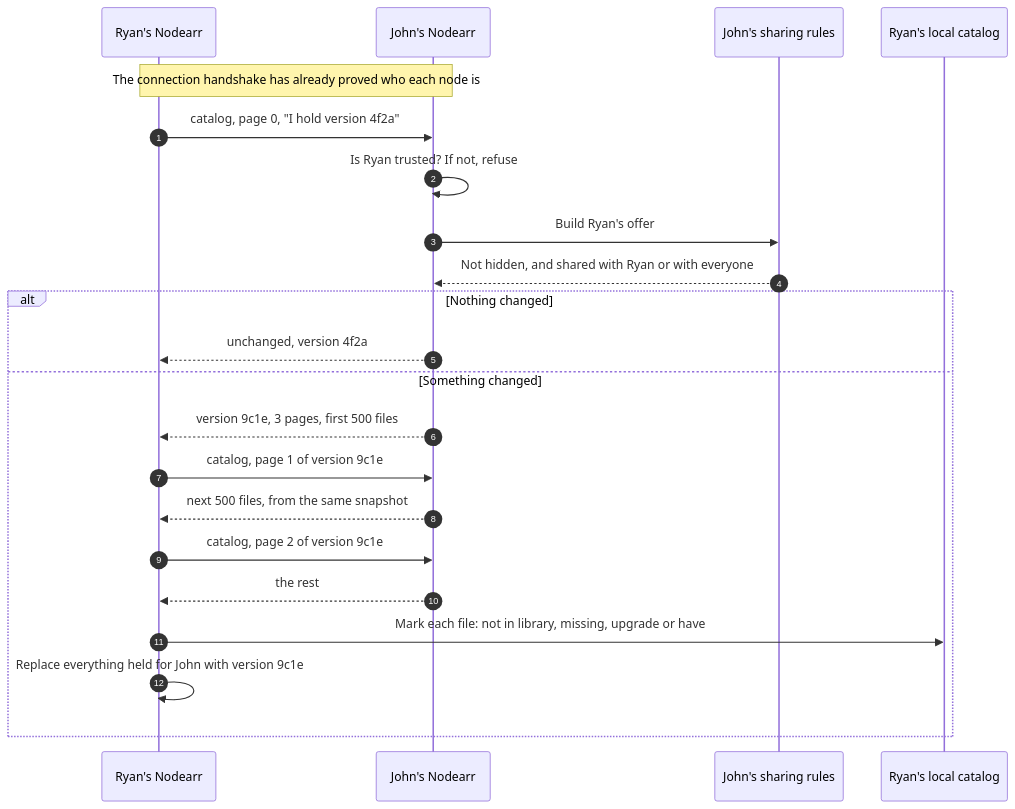
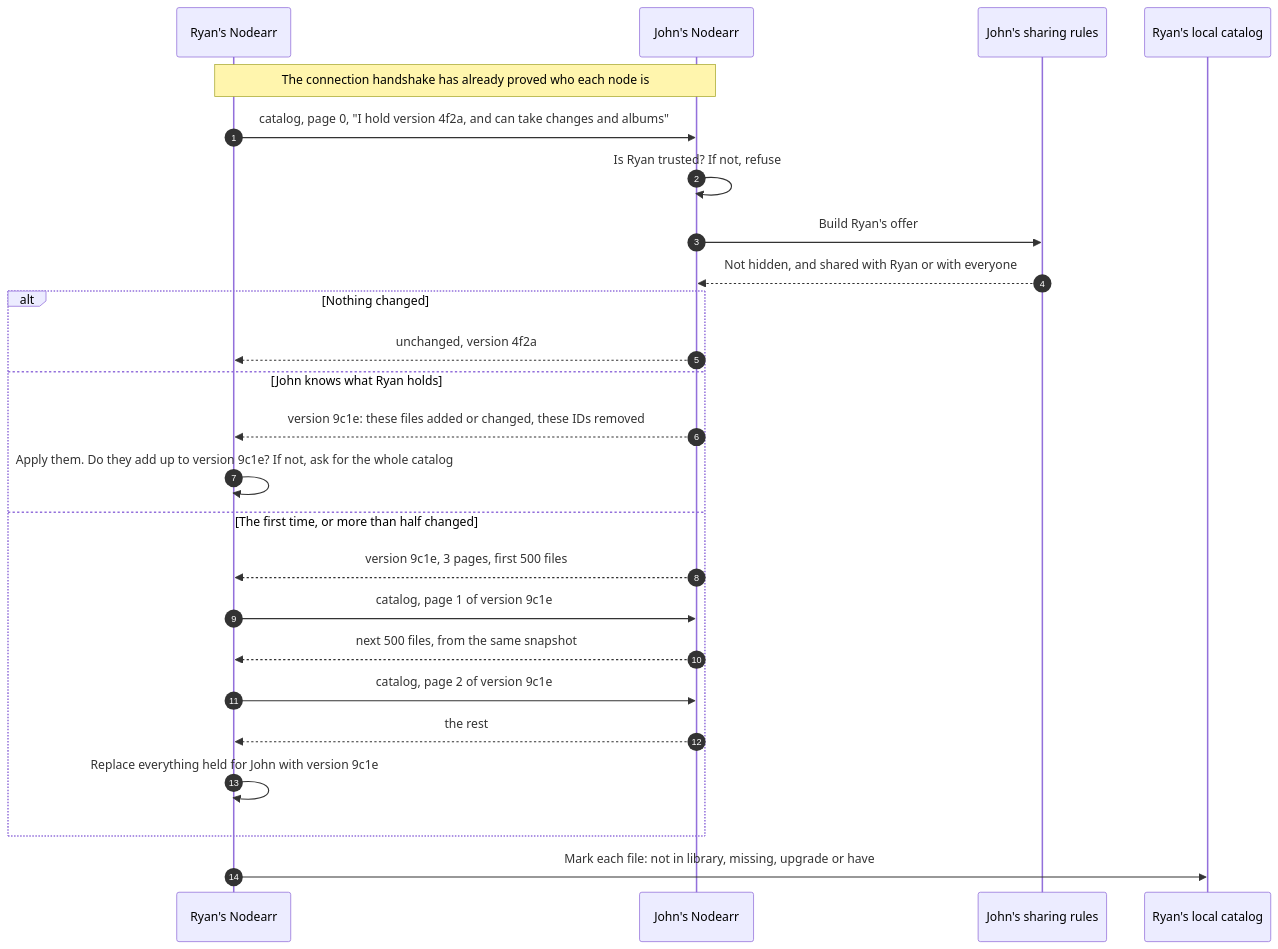
One commit to Nodearr/Nodearr changed the first of 3 diagrams in docs/diagrams/catalog-exchange-trusted-nodes.md. Above: the diagram before and after it, drawn with Mermaid. The commit also changed other lines of this file and 35 other files, not shown here.

````diff
--- a/docs/diagrams/catalog-exchange-trusted-nodes.md
+++ b/docs/diagrams/catalog-exchange-trusted-nodes.md
@@ -7,25 +7,28 @@
 ```mermaid
 sequenceDiagram
     autonumber
     participant NodeB as Ryan's Nodearr
     participant NodeA as John's Nodearr
     participant Rules as John's sharing rules
     participant Local as Ryan's local catalog
 
     Note over NodeB,NodeA: The connection handshake has already proved who each node is
-    NodeB->>NodeA: catalog, page 0, "I hold version 4f2a"
+    NodeB->>NodeA: catalog, page 0, "I hold version 4f2a, and can take changes and albums"
     NodeA->>NodeA: Is Ryan trusted? If not, refuse
     NodeA->>Rules: Build Ryan's offer
     Rules-->>NodeA: Not hidden, and shared with Ryan or with everyone
     alt Nothing changed
         NodeA-->>NodeB: unchanged, version 4f2a
-    else Something changed
+    else John knows what Ryan holds
+        NodeA-->>NodeB: version 9c1e: these files added or changed, these IDs removed
+        NodeB->>NodeB: Apply them. Do they add up to version 9c1e? If not, ask for the whole catalog
+    else The first time, or more than half changed
         NodeA-->>NodeB: version 9c1e, 3 pages, first 500 files
         NodeB->>NodeA: catalog, page 1 of version 9c1e
         NodeA-->>NodeB: next 500 files, from the same snapshot
         NodeB->>NodeA: catalog, page 2 of version 9c1e
         NodeA-->>NodeB: the rest
-        NodeB->>Local: Mark each file: not in library, missing, upgrade or have
         NodeB->>NodeB: Replace everything held for John with version 9c1e
     end
+    NodeB->>Local: Mark each file: not in library, missing, upgrade or have
 ```
````
